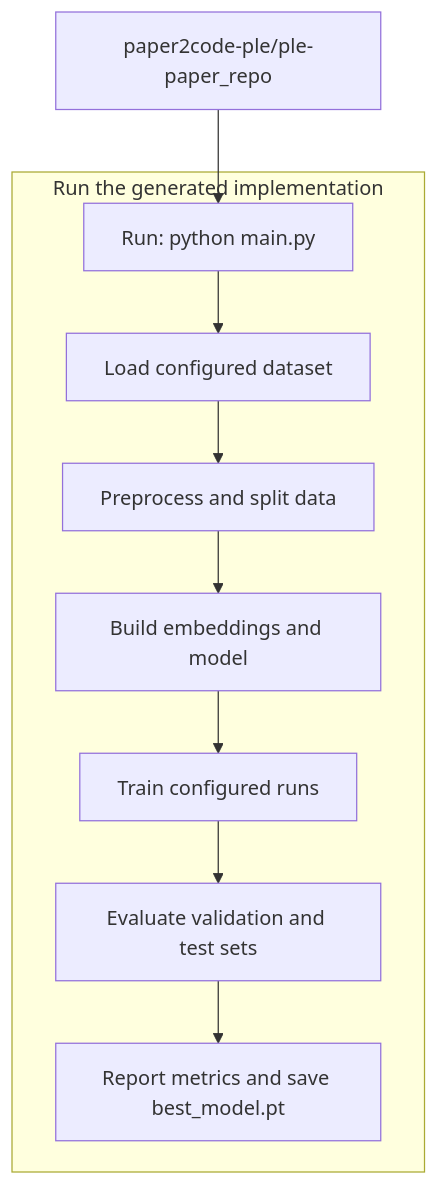
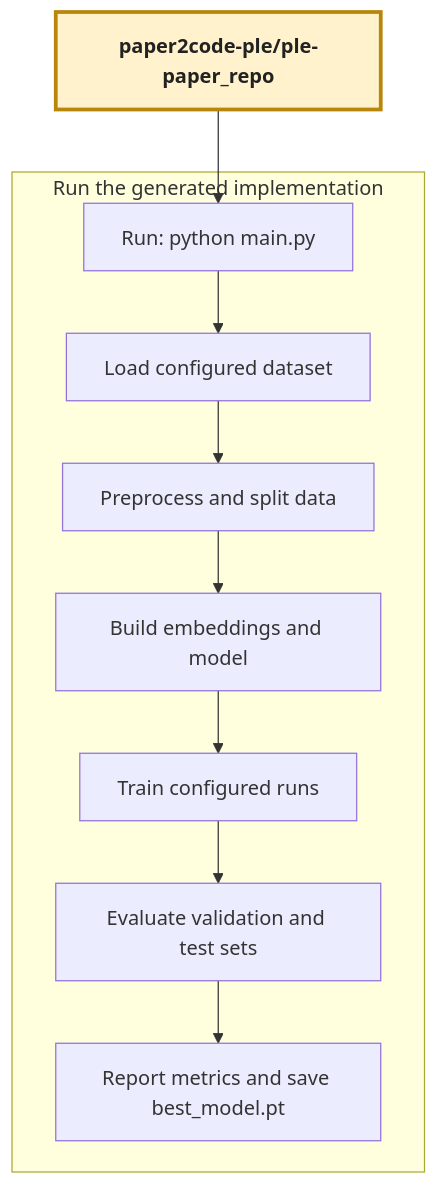
One commit to jimthompson5802/paper2code-ple changed the sixth of 6 diagrams in README.md. Above: the diagram before and after it, drawn with Mermaid. The commit also changed other lines of this file, not shown here.

Commit message:
Enhance flowchart styling in README.md for improved visual clarity and consistency

````diff
--- a/README.md
+++ b/README.md
@@ -147,11 +155,13 @@
 ```mermaid
 flowchart TB
   implementation[paper2code-ple/ple-paper_repo]
   subgraph runtime["Run the generated implementation"]
     run[Run: python main.py] --> data[Load configured dataset] --> preprocess[Preprocess and split data]
     build[Build embeddings and model] --> train[Train configured runs] --> evaluate[Evaluate validation and test sets] --> output[Report metrics and save best_model.pt]
     preprocess --> build
   end
 
   implementation --> run
+  classDef transition fill:#fff2cc,stroke:#b8860b,stroke-width:3px,color:#222,font-weight:bold
+  class implementation transition
 ```
````
